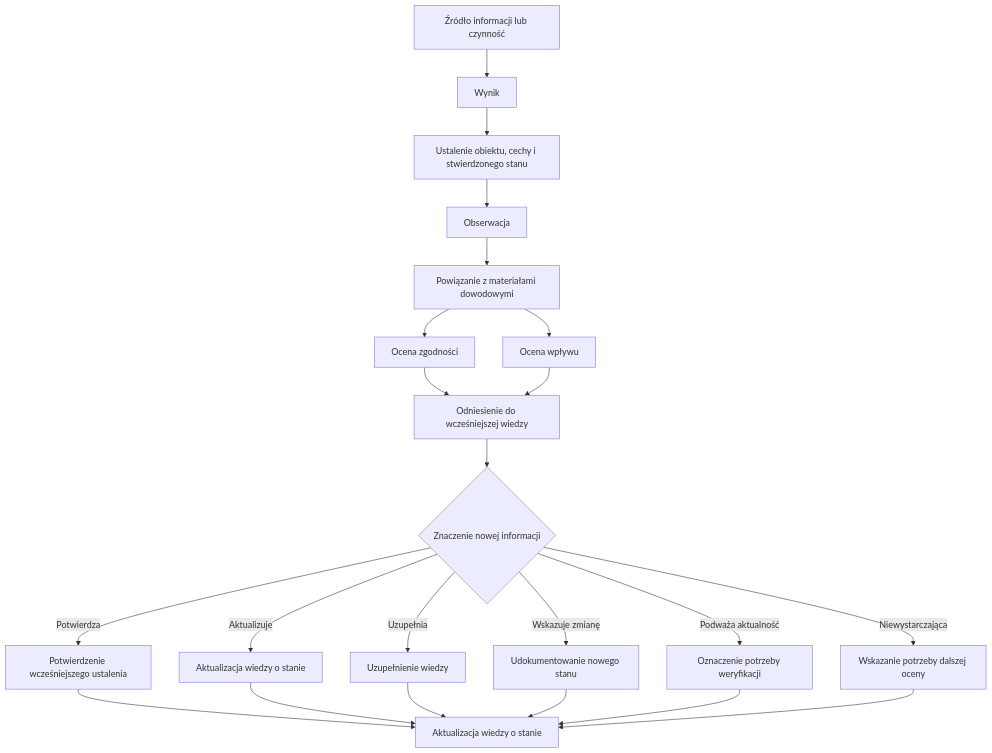
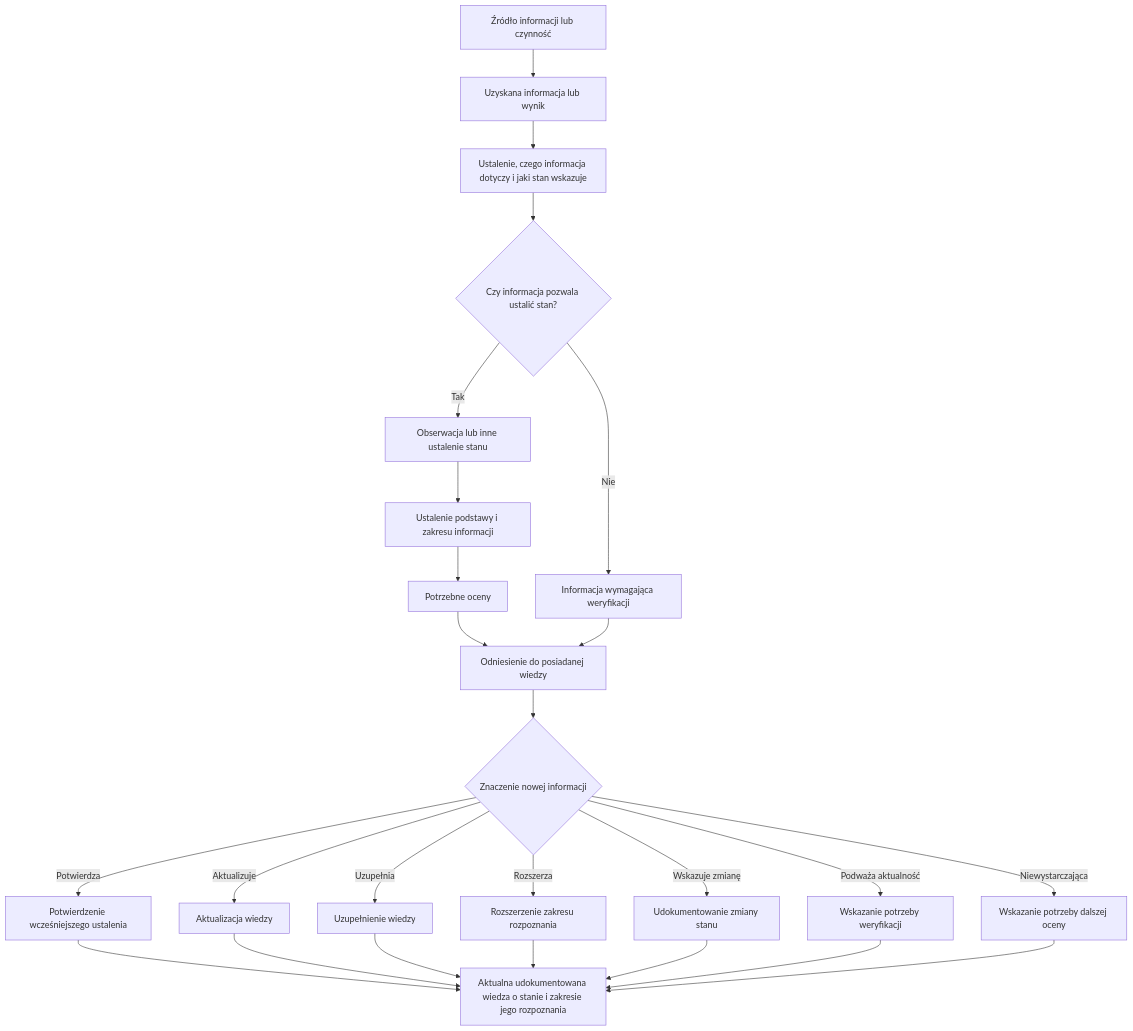
The diagram in documentation/docs/cykltik/obserwowanie-i-ocenianie-dostepnosci-i-zgodnosci/przetwarzanie-wynikow-obserwowania-i-oceniania-stanu-dostepnosci-i-zgodnosci.md (zwiastunsw/sdc), drawn with Mermaid before and after one commit. The commit also changed other lines of this file and 10 other files, not shown here.

````diff
--- a/documentation/docs/cykltik/obserwowanie-i-ocenianie-dostepnosci-i-zgodnosci/przetwarzanie-wynikow-obserwowania-i-oceniania-stanu-dostepnosci-i-zgodnosci.md
+++ b/documentation/docs/cykltik/obserwowanie-i-ocenianie-dostepnosci-i-zgodnosci/przetwarzanie-wynikow-obserwowania-i-oceniania-stanu-dostepnosci-i-zgodnosci.md
@@ -353,29 +354,34 @@
-```mermaid
+```mermaid id="2q8b5x"
 flowchart TD
-    A[Źródło informacji lub czynność] --> B[Wynik]
-    B --> C[Ustalenie obiektu, cechy i stwierdzonego stanu]
-    C --> D[Obserwacja]
-    D --> E[Powiązanie z materiałami dowodowymi]
+    A[Źródło informacji lub czynność] --> B[Uzyskana informacja lub wynik]
+    B --> C[Ustalenie, czego informacja dotyczy i jaki stan wskazuje]
 
-    E --> F[Ocena zgodności]
-    E --> G[Ocena wpływu]
+    C --> D{Czy informacja pozwala ustalić stan?}
 
-    F --> H[Odniesienie do wcześniejszej wiedzy]
-    G --> H
+    D -->|Tak| E[Obserwacja lub inne ustalenie stanu]
+    D -->|Nie| F[Informacja wymagająca weryfikacji]
 
-    H --> I{Znaczenie nowej informacji}
+    E --> G[Ustalenie podstawy i zakresu informacji]
+    G --> H[Potrzebne oceny]
 
-    I -->|Potwierdza| J[Potwierdzenie wcześniejszego ustalenia]
-    I -->|Aktualizuje| K[Aktualizacja wiedzy o stanie]
-    I -->|Uzupełnia| L[Uzupełnienie wiedzy]
-    I -->|Wskazuje zmianę| M[Udokumentowanie nowego stanu]
-    I -->|Podważa aktualność| N[Oznaczenie potrzeby weryfikacji]
-    I -->|Niewystarczająca| O[Wskazanie potrzeby dalszej oceny]
+    H --> I[Odniesienie do posiadanej wiedzy]
+    F --> I
 
-    J --> P[Aktualizacja wiedzy o stanie]
-    K --> P
-    L --> P
-    M --> P
-    N --> P
-    O --> P
+    I --> J{Znaczenie nowej informacji}
+
+    J -->|Potwierdza| K[Potwierdzenie wcześniejszego ustalenia]
+    J -->|Aktualizuje| L[Aktualizacja wiedzy]
+    J -->|Uzupełnia| M[Uzupełnienie wiedzy]
+    J -->|Rozszerza| N[Rozszerzenie zakresu rozpoznania]
+    J -->|Wskazuje zmianę| O[Udokumentowanie zmiany stanu]
+    J -->|Podważa aktualność| P[Wskazanie potrzeby weryfikacji]
+    J -->|Niewystarczająca| R[Wskazanie potrzeby dalszej oceny]
+
+    K --> S[Aktualna udokumentowana wiedza o stanie i zakresie jego rozpoznania]
+    L --> S
+    M --> S
+    N --> S
+    O --> S
+    P --> S
+    R --> S
 ```
````
